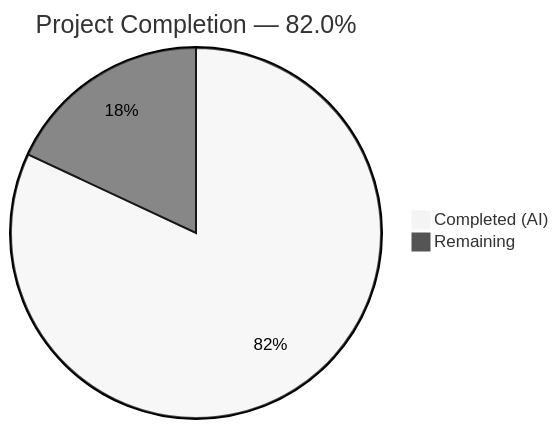
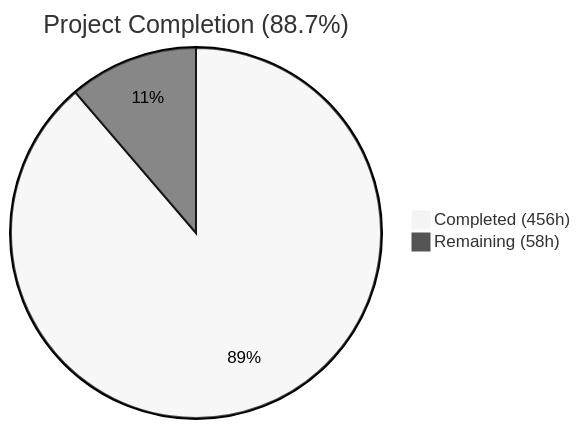
One commit to Blitzy-Sandbox/blitzy-RudderStack changed the first of 2 diagrams in blitzy/documentation/Project Guide.md. Above: the diagram before and after it, drawn with Mermaid (neutral theme). The commit also changed other lines of this file, not shown here.

Commit message:
Adding Blitzy Project Guide: Project Status and Human Tasks Remaining

````diff
--- a/blitzy/documentation/Project Guide.md
+++ b/blitzy/documentation/Project Guide.md
@@ -13,5 +13,5 @@
 ```mermaid
-pie title Project Completion — 82.0%
-    "Completed (AI)" : 300
-    "Remaining" : 66
+pie title Project Completion (88.7%)
+    "Completed (456h)" : 456
+    "Remaining (58h)" : 58
 ```
````
